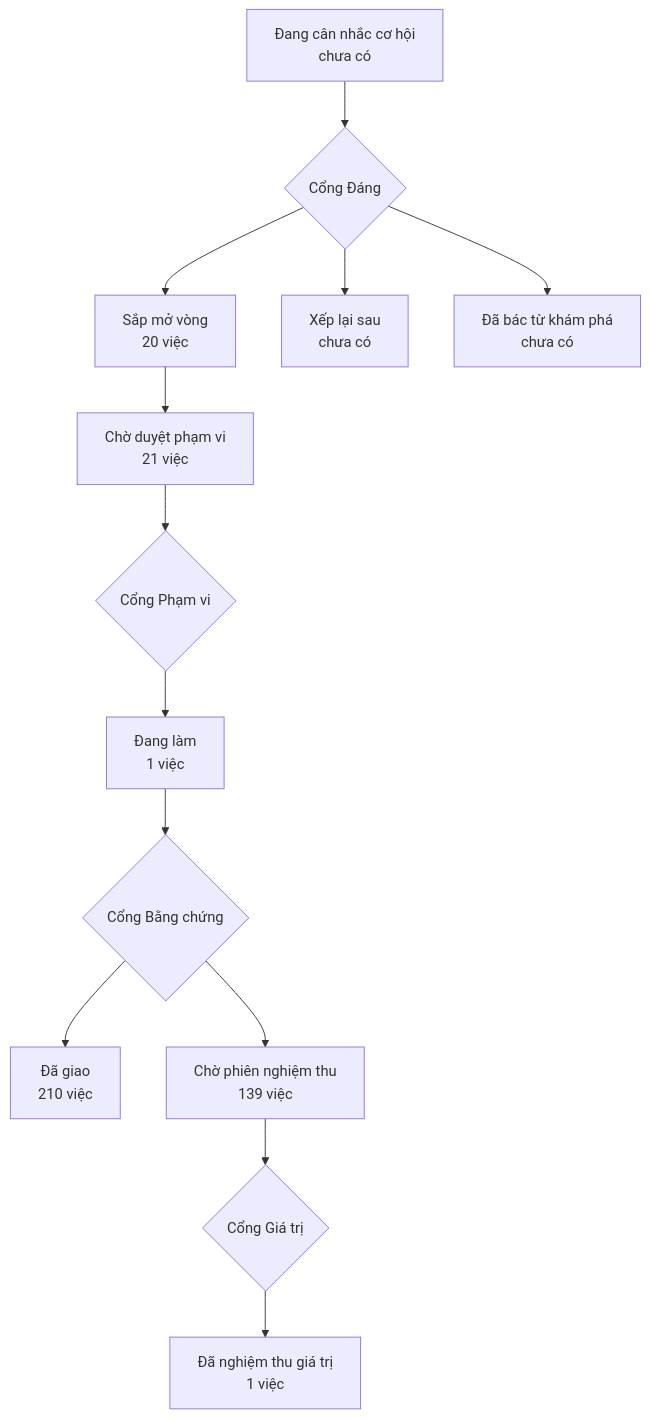
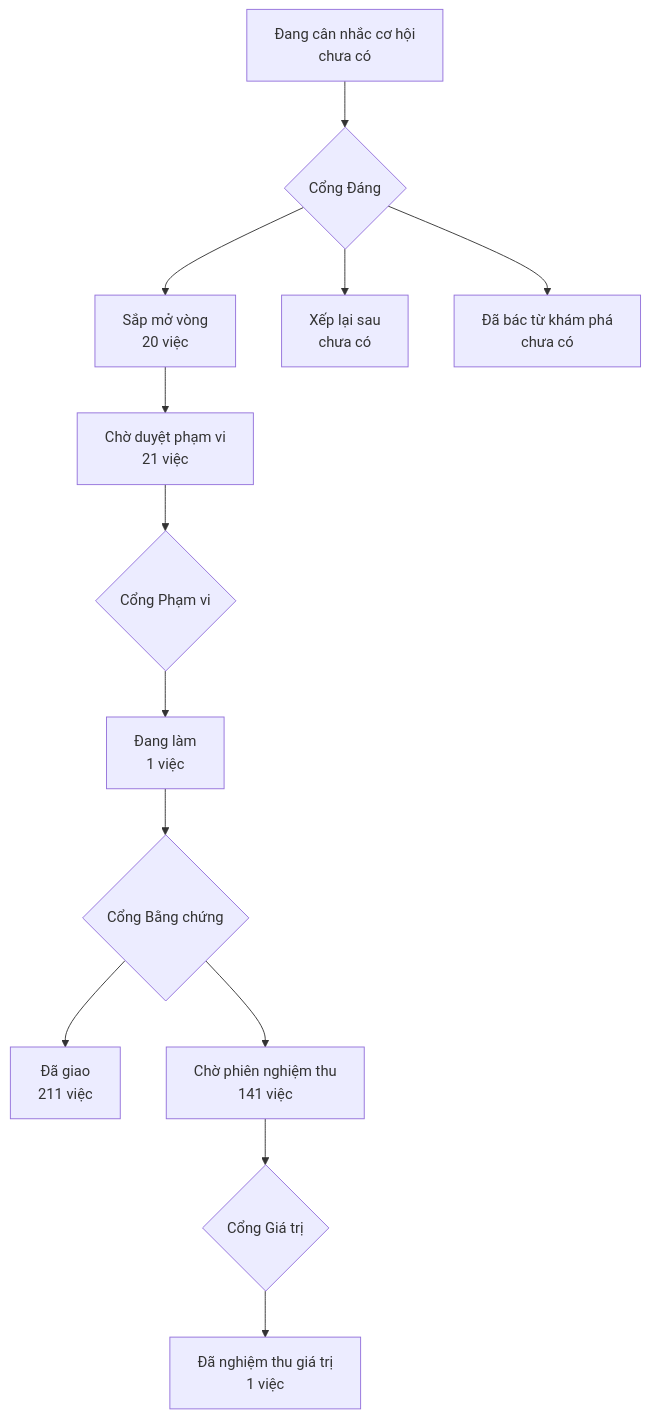
Before and after one commit to phanlemanh/onehub-invest: the diagram in PRODUCT-MAP.md, drawn with Mermaid. The commit also changed other lines of this file and 1 other file, not shown here.

Commit message:
chore: vẽ lại bản đồ sau khi nhận main 3c529c0b4

````diff
--- a/PRODUCT-MAP.md
+++ b/PRODUCT-MAP.md
@@ -7,12 +7,12 @@
 ```mermaid
 flowchart TD
   A["Đang cân nhắc cơ hội<br/>chưa có"] --> GD{"Cổng Đáng"}
   GD --> B["Sắp mở vòng<br/>20 việc"]
   GD --> XL["Xếp lại sau<br/>chưa có"]
   GD --> DB["Đã bác từ khám phá<br/>chưa có"]
   B --> CD["Chờ duyệt phạm vi<br/>21 việc"] --> GP{"Cổng Phạm vi"}
   GP --> DL["Đang làm<br/>1 việc"] --> GB{"Cổng Bằng chứng"}
-  GB --> DG["Đã giao<br/>210 việc"]
-  GB --> CN["Chờ phiên nghiệm thu<br/>139 việc"] --> GG{"Cổng Giá trị"}
+  GB --> DG["Đã giao<br/>211 việc"]
+  GB --> CN["Chờ phiên nghiệm thu<br/>141 việc"] --> GG{"Cổng Giá trị"}
   GG --> NT["Đã nghiệm thu giá trị<br/>1 việc"]
 ```
````
